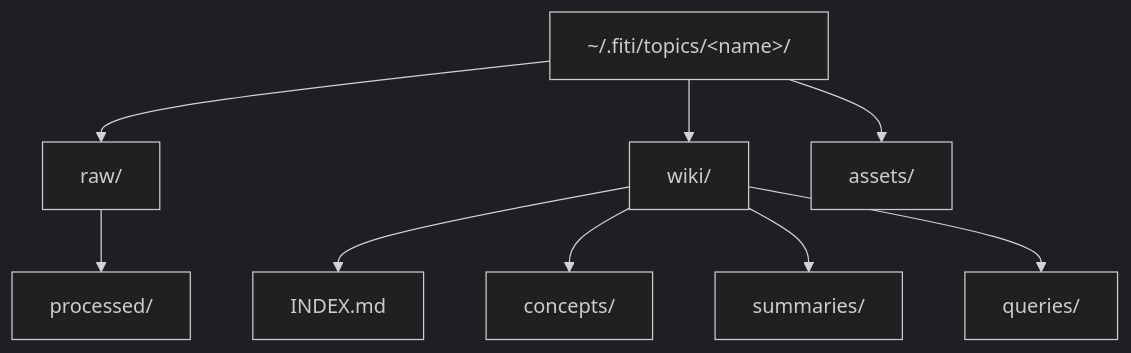
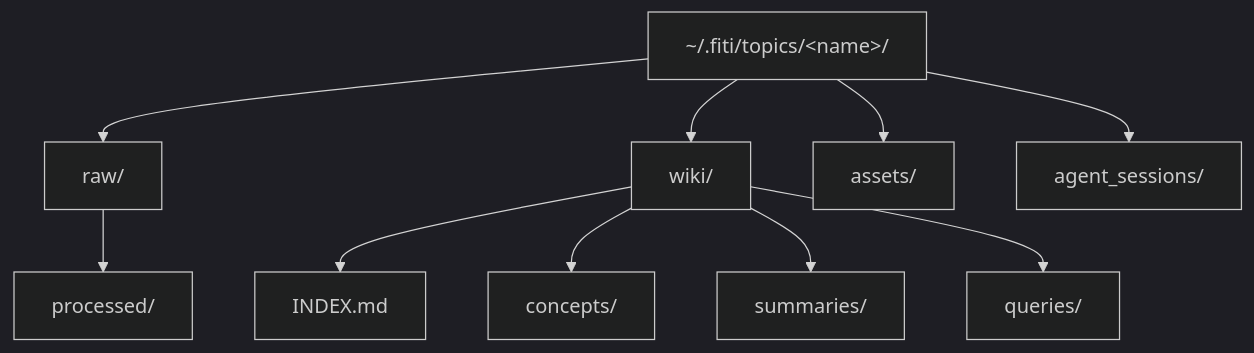
One commit to kennethkabogo/fiti-agent changed the second of 4 diagrams in README.md. Above: the diagram before and after it, drawn with Mermaid (dark theme). The commit also changed other lines of this file, not shown here.

````diff
--- a/README.md
+++ b/README.md
@@ -26,12 +28,13 @@
 ```mermaid
 graph TD
     V["~/.fiti/topics/&lt;name&gt;/"]
     V --> R[raw/]
     V --> W[wiki/]
     V --> AS[assets/]
+    V --> AG[agent_sessions/]
     R --> RP[processed/]
     W --> IDX[INDEX.md]
     W --> C[concepts/]
     W --> S[summaries/]
     W --> Q[queries/]
 ```
````
